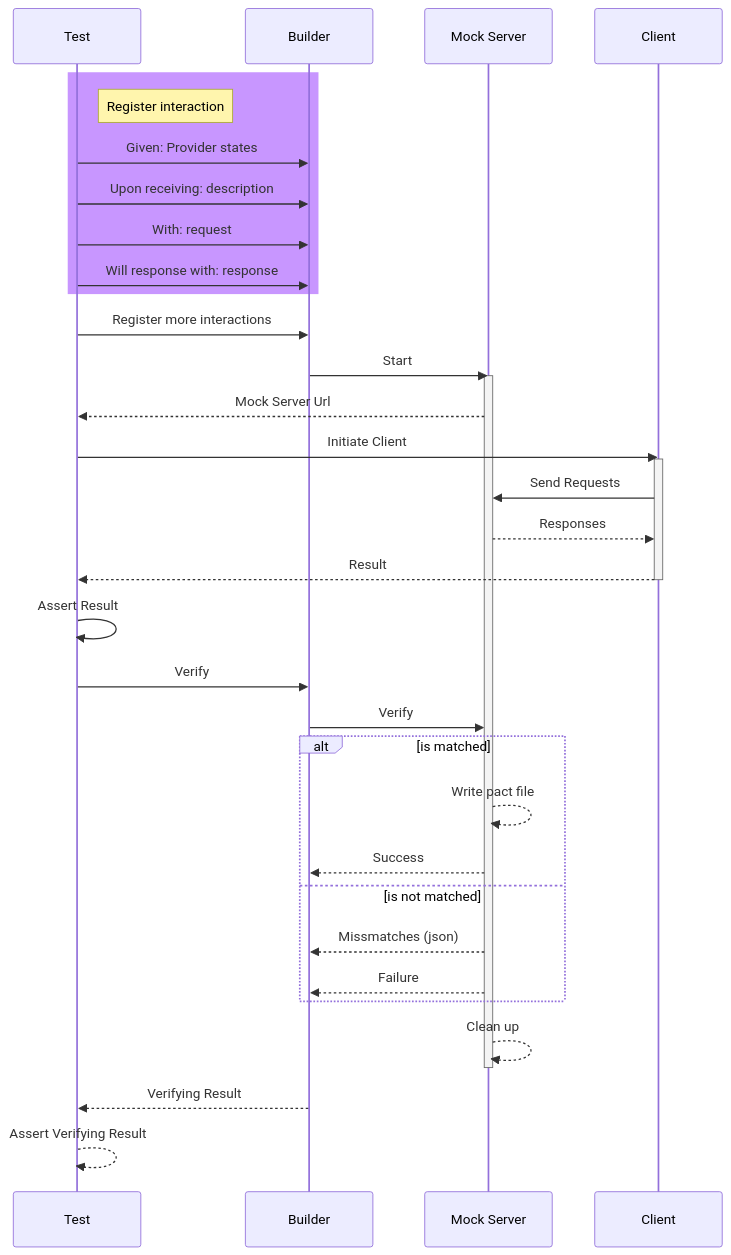
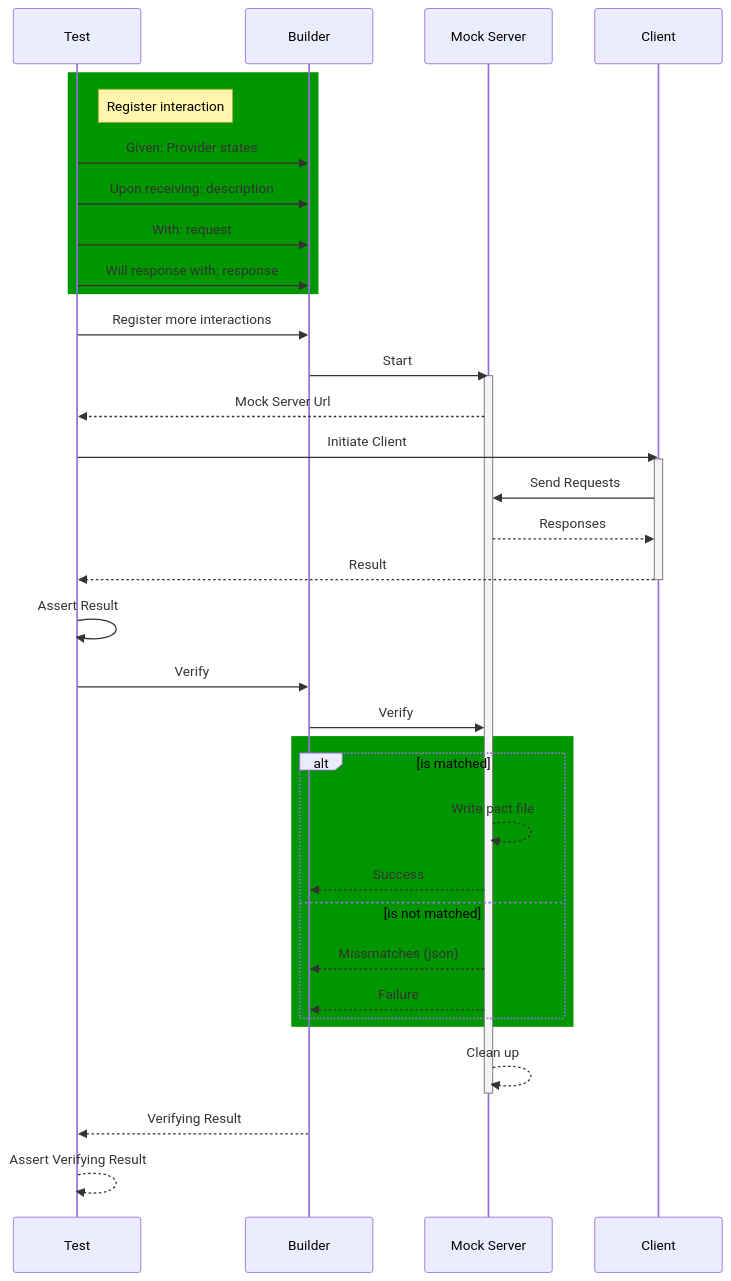
The diagram in slides/pact/src/diagrams/contract-test-http.mmd (tienvx/pact-cheatsheet), drawn with Mermaid before and after one commit. The commit also changed 7 other files, not shown here.

```diff
--- a/slides/pact/src/diagrams/contract-test-http.mmd
+++ b/slides/pact/src/diagrams/contract-test-http.mmd
@@ -1,32 +1,34 @@
 sequenceDiagram
-    rect rgb(200, 150, 255)
+    rect rgb(0, 150, 0)
     note right of Test: Register interaction
     Test->>Builder: Given: Provider states
     Test->>Builder: Upon receiving: description
     Test->>Builder: With: request
     Test->>Builder: Will response with: response
     end
     Test->>Builder: Register more interactions
     Builder->>Mock Server: Start
     activate Mock Server
     Mock Server-->>Test: Mock Server Url
     Test->>Client: Initiate Client
     activate Client
     Client->>Mock Server: Send Requests
     Mock Server-->>Client: Responses
     Client-->>Test: Result
     deactivate Client
     Test->>Test: Assert Result
     Test->>Builder: Verify
     Builder->>Mock Server: Verify
+    rect rgb(0, 150, 0)
     alt is matched
         Mock Server-->>Mock Server: Write pact file
         Mock Server-->>Builder: Success
     else is not matched
         Mock Server-->>Builder: Missmatches (json)
         Mock Server-->>Builder: Failure
     end
+    end
     Mock Server-->>Mock Server: Clean up
     deactivate Mock Server
     Builder-->>Test: Verifying Result
     Test-->>Test: Assert Verifying Result
```
